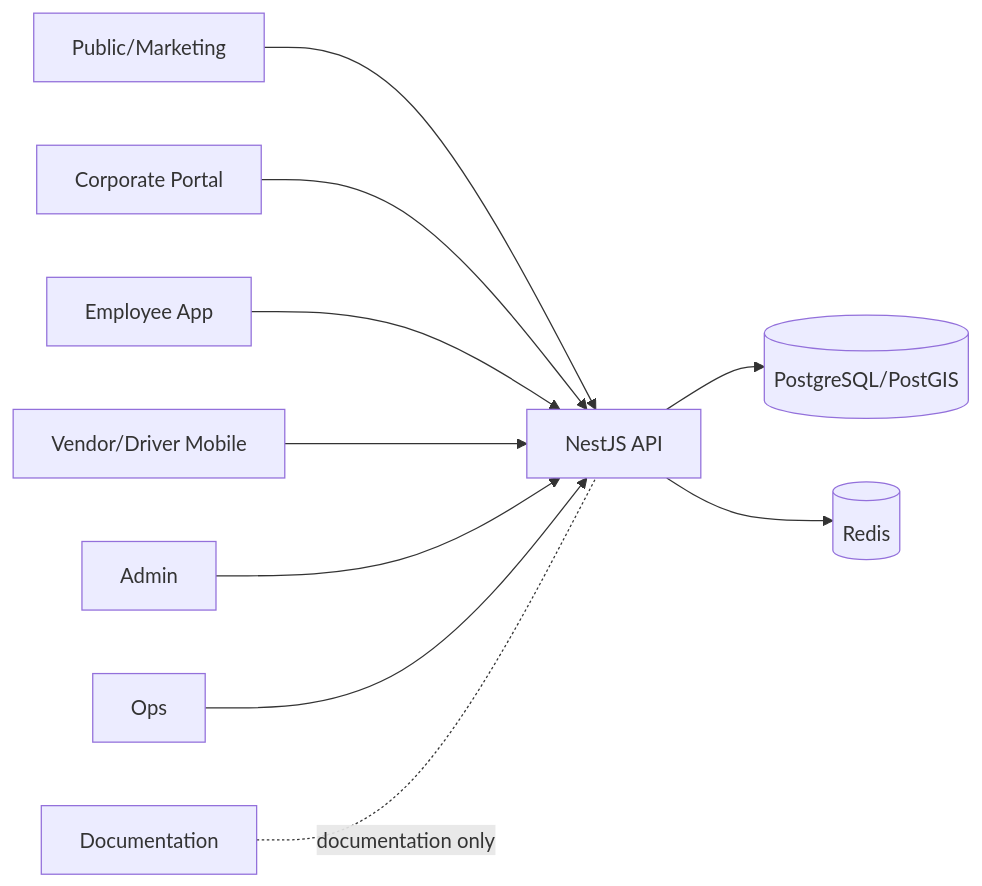
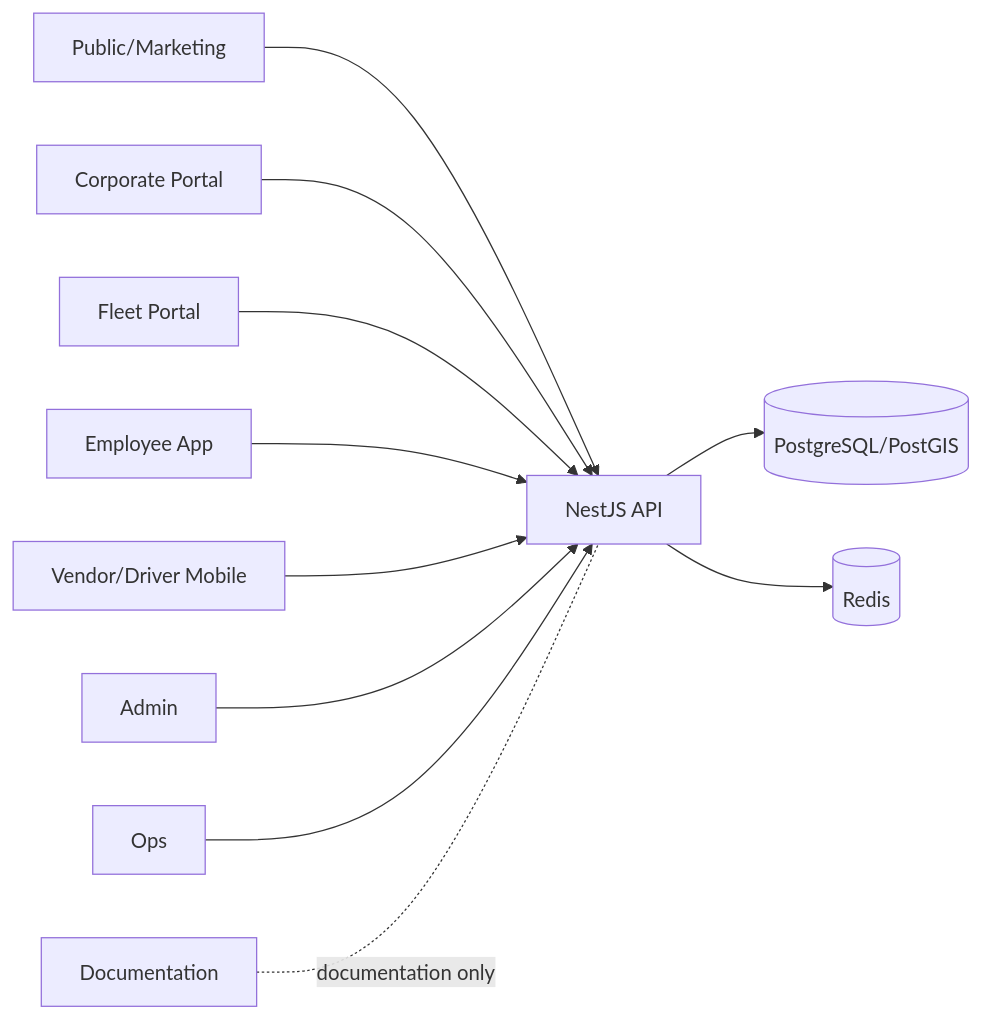
One commit to Prince364133/adhocx changed the diagram in apps/docs/docs/apps/index.md. Above: the diagram before and after it, drawn with Mermaid. The commit also changed other lines of this file and 150 other files, not shown here.

Commit message:
feat(fleet,admin): complete AdhocX Fleet Portal, Admin operations, tests, and docs

````diff
--- a/apps/docs/docs/apps/index.md
+++ b/apps/docs/docs/apps/index.md
@@ -28,23 +29,25 @@
 ```mermaid
 flowchart LR
   Public[Public/Marketing]
   Corporate[Corporate Portal]
+  Fleet[Fleet Portal]
   Employee[Employee App]
   Mobile[Vendor/Driver Mobile]
   Admin[Admin]
   Ops[Ops]
   Docs[Documentation]
   API[NestJS API]
   Data[(PostgreSQL/PostGIS)]
   Redis[(Redis)]
 
   Public --> API
   Corporate --> API
+  Fleet --> API
   Employee --> API
   Mobile --> API
   Admin --> API
   Ops --> API
   Docs -. documentation only .- API
   API --> Data
   API --> Redis
 ```
````
